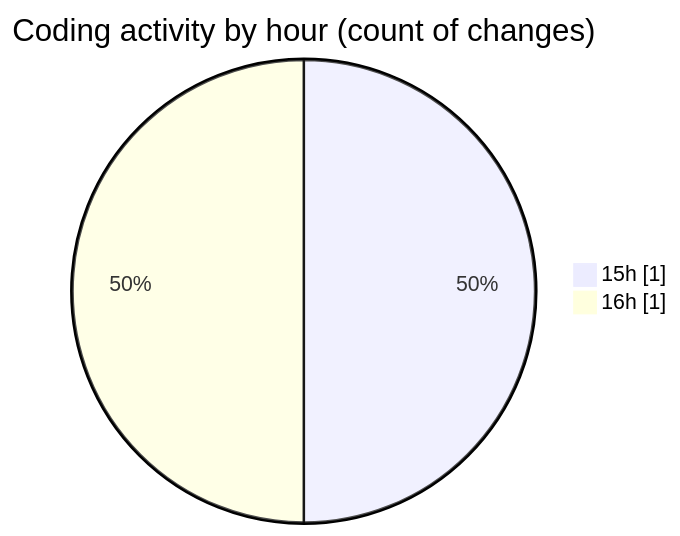
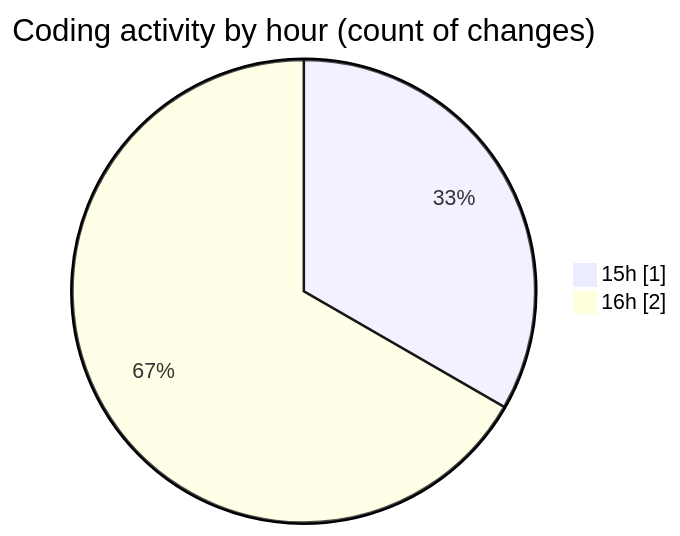
One commit to debugP/code-tracking changed the second of 2 diagrams in 2026-07-24/untitled__workspace_/README.md. Above: the diagram before and after it, drawn with Mermaid. The commit also changed other lines of this file and 1 other file, not shown here.

````diff
--- a/2026-07-24/untitled__workspace_/README.md
+++ b/2026-07-24/untitled__workspace_/README.md
@@ -28,6 +30,6 @@
 ```mermaid
 pie showData
 title Coding activity by hour (count of changes)
 "15h" : 1
-"16h" : 1
+"16h" : 2
 ```
````
